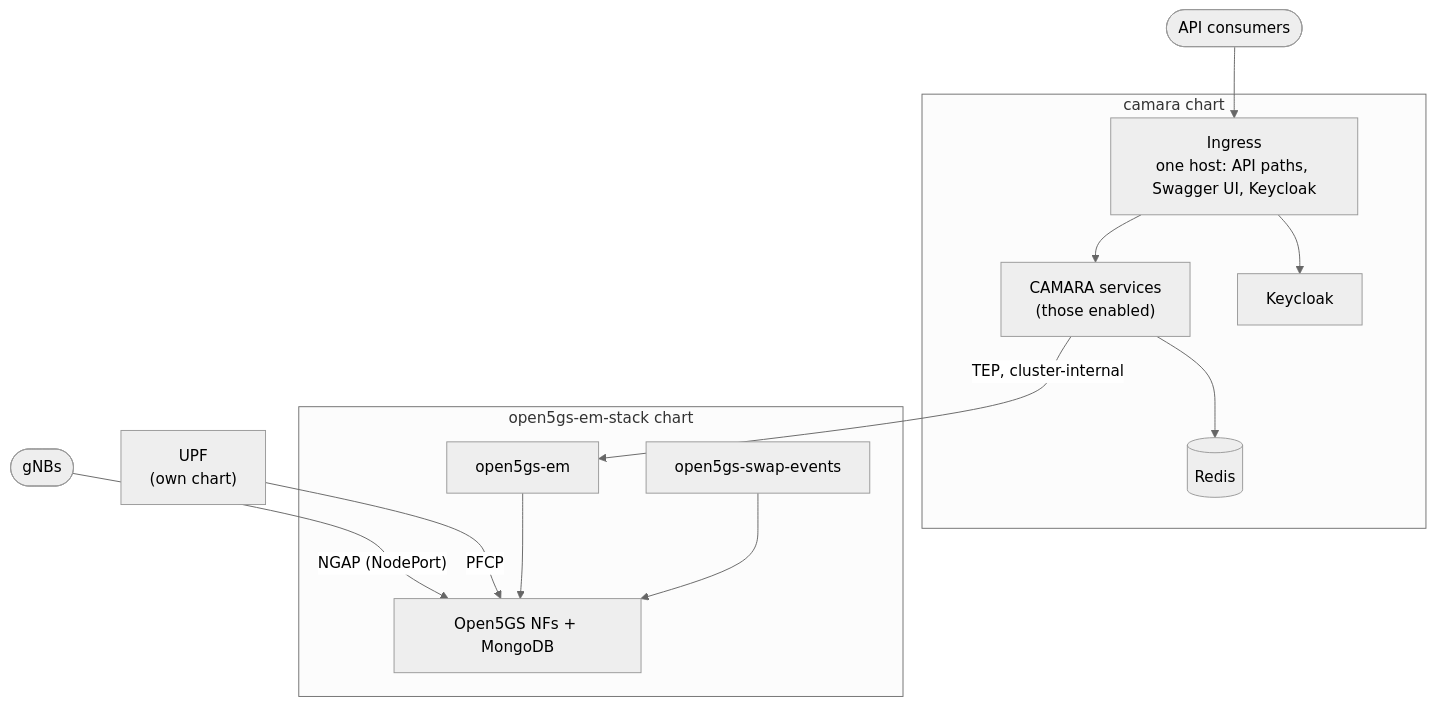
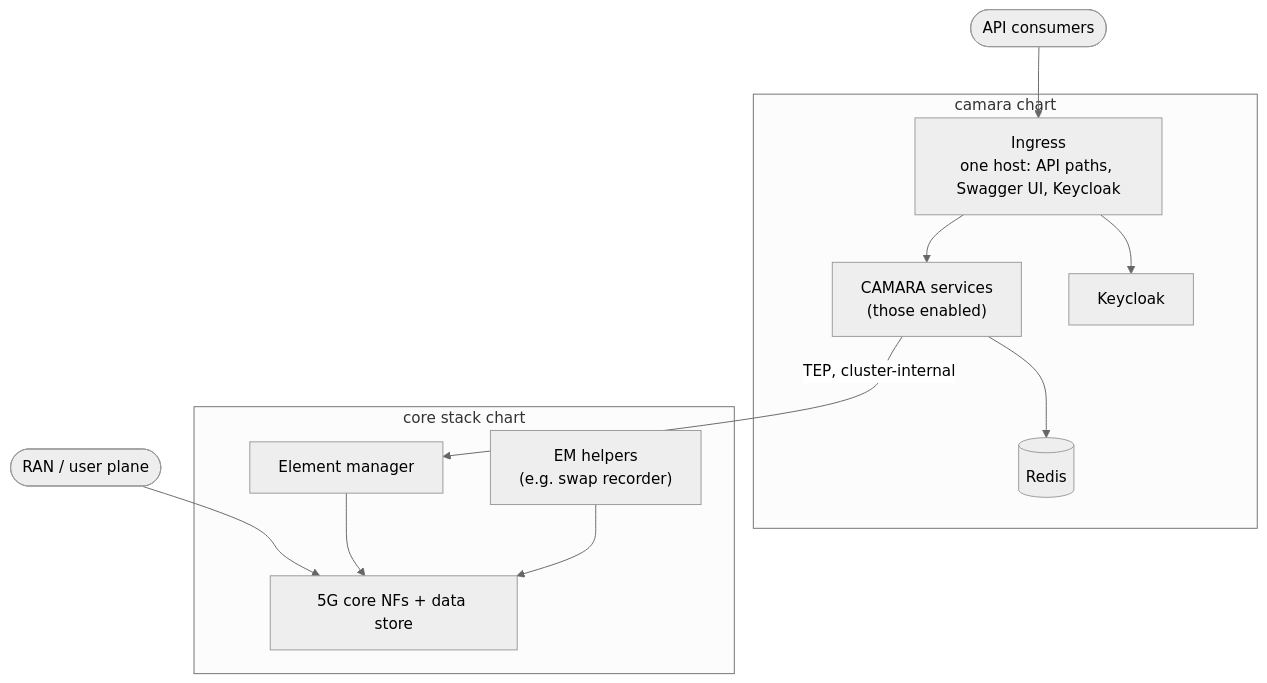
Before and after one commit to p-NET-Emerging-Networks-Verticals/tep-architecture: the diagram in docs/deployment.md, drawn with Mermaid (neutral theme). The commit also changed other lines of this file and 6 other files, not shown here.

First line of the commit message:
Make docs core-agnostic and move Open5GS details to their own page

````diff
--- a/docs/deployment.md
+++ b/docs/deployment.md
@@ -7,28 +7,27 @@
 ```mermaid
 flowchart TB
     internet(["API consumers"])
 
     subgraph rel_camara["camara chart"]
         ingress["Ingress<br/>one host: API paths, Swagger UI, Keycloak"]
         apis["CAMARA services<br/>(those enabled)"]
         kc["Keycloak"]
         redis[("Redis")]
     end
 
-    subgraph rel_stack["open5gs-em-stack chart"]
-        em["open5gs-em"]
-        swap["open5gs-swap-events"]
-        core["Open5GS NFs + MongoDB"]
+    subgraph rel_stack["core stack chart"]
+        em["Element manager"]
+        helpers["EM helpers<br/>(e.g. swap recorder)"]
+        core["5G core NFs + data store"]
     end
 
-    gnb(["gNBs"]) -- "NGAP (NodePort)" --> core
-    upf["UPF<br/>(own chart)"] -- PFCP --> core
+    ran(["RAN / user plane"]) --> core
 
     internet --> ingress
     ingress --> apis
     ingress --> kc
     apis --> redis
     apis -- "TEP, cluster-internal" --> em
     em --> core
-    swap --> core
+    helpers --> core
 ```
````
